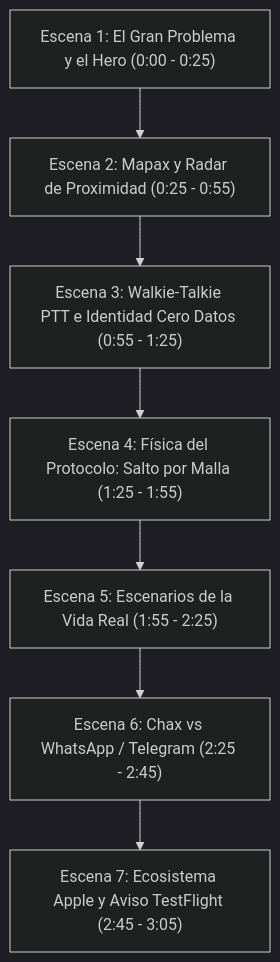
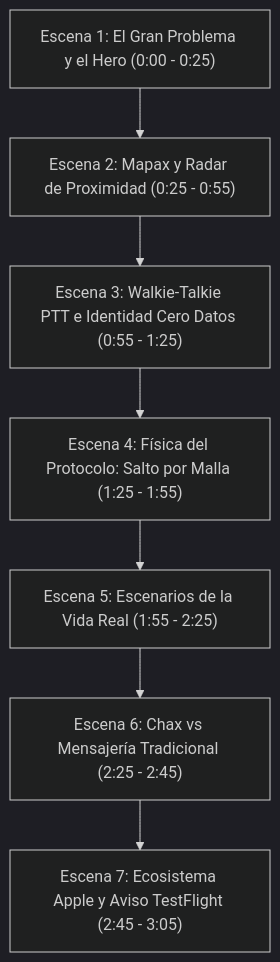
The diagram in video/02_STORYBOARD_Y_GUION_16X9.md (javieraesa-ui/chax-web), drawn with Mermaid (dark theme) before and after one commit. The commit also changed other lines of this file and 18 other files, not shown here.

````diff
--- a/video/02_STORYBOARD_Y_GUION_16X9.md
+++ b/video/02_STORYBOARD_Y_GUION_16X9.md
@@ -11,9 +11,9 @@
 ```mermaid
 flowchart TD
     E1["Escena 1: El Gran Problema y el Hero (0:00 - 0:25)"] --> E2["Escena 2: Mapax y Radar de Proximidad (0:25 - 0:55)"]
     E2 --> E3["Escena 3: Walkie-Talkie PTT e Identidad Cero Datos (0:55 - 1:25)"]
     E3 --> E4["Escena 4: Física del Protocolo: Salto por Malla (1:25 - 1:55)"]
     E4 --> E5["Escena 5: Escenarios de la Vida Real (1:55 - 2:25)"]
-    E5 --> E6["Escena 6: Chax vs WhatsApp / Telegram (2:25 - 2:45)"]
+    E5 --> E6["Escena 6: Chax vs Mensajería Tradicional (2:25 - 2:45)"]
     E6 --> E7["Escena 7: Ecosistema Apple y Aviso TestFlight (2:45 - 3:05)"]
 ```
````
